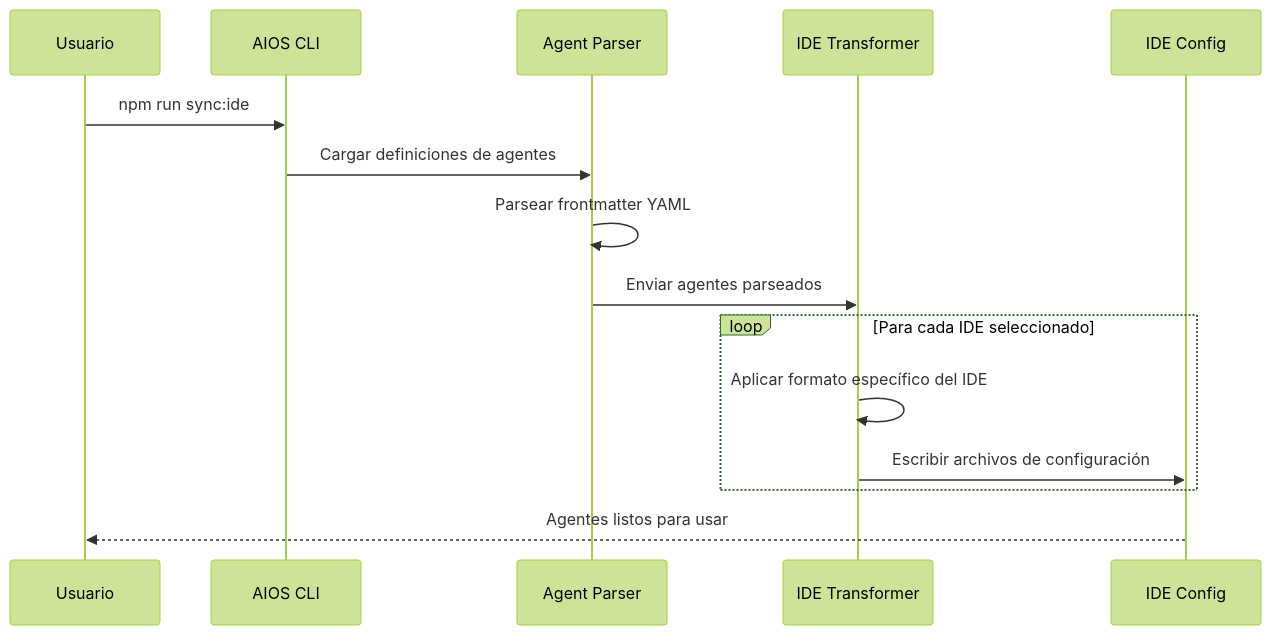
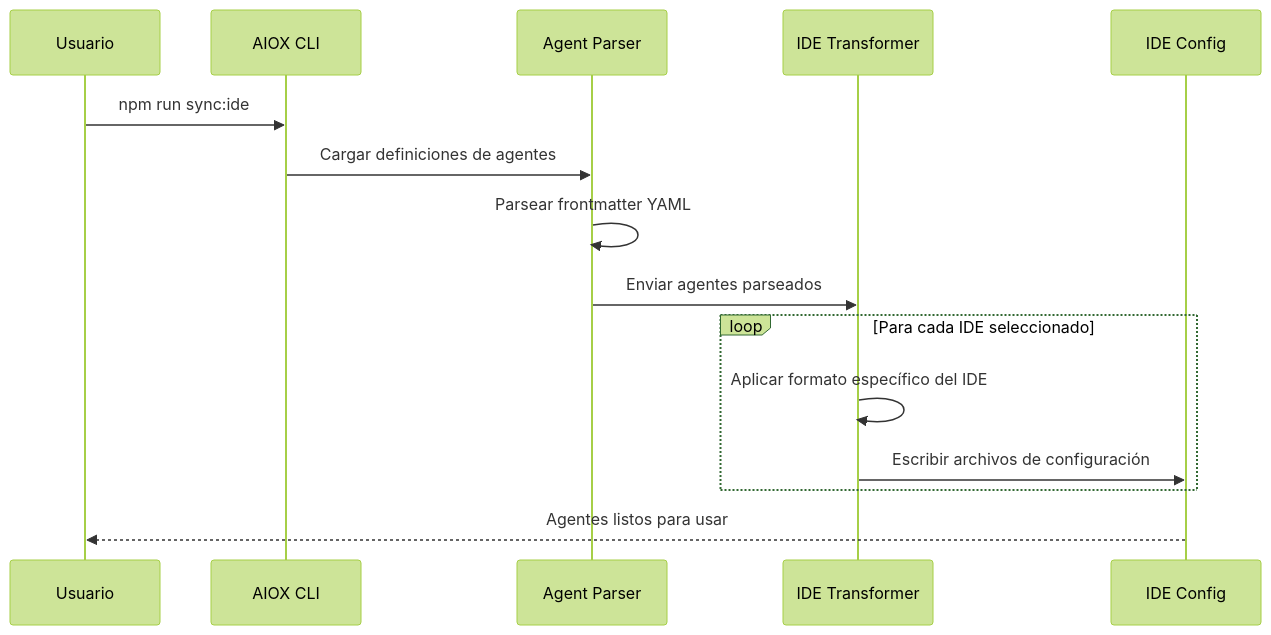
Before and after one commit to bychrisr/aios-docs: the third of 3 diagrams in content/es/docs/platforms/README.mdx, drawn with Mermaid (forest theme). The commit also changed other lines of this file and 564 other files, not shown here.

````diff
--- a/content/es/docs/platforms/README.mdx
+++ b/content/es/docs/platforms/README.mdx
@@ -251,20 +251,20 @@
 ```mermaid
 sequenceDiagram
     participant User as Usuario
-    participant CLI as AIOS CLI
+    participant CLI as AIOX CLI
     participant Parser as Agent Parser
     participant Transform as IDE Transformer
     participant IDE as IDE Config
 
     User->>CLI: npm run sync:ide
     CLI->>Parser: Cargar definiciones de agentes
     Parser->>Parser: Parsear frontmatter YAML
     Parser->>Transform: Enviar agentes parseados
 
     loop Para cada IDE seleccionado
         Transform->>Transform: Aplicar formato específico del IDE
         Transform->>IDE: Escribir archivos de configuración
     end
 
     IDE-->>User: Agentes listos para usar
 ```
````
